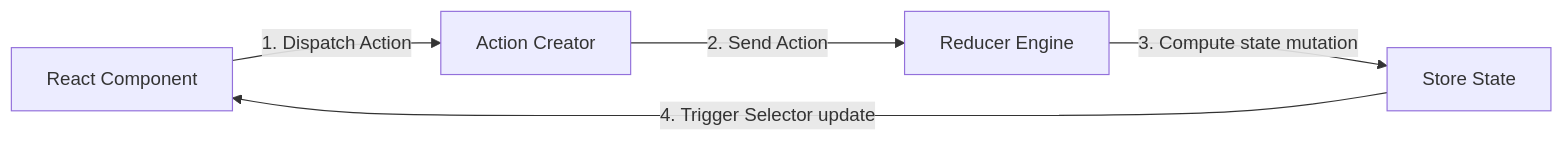
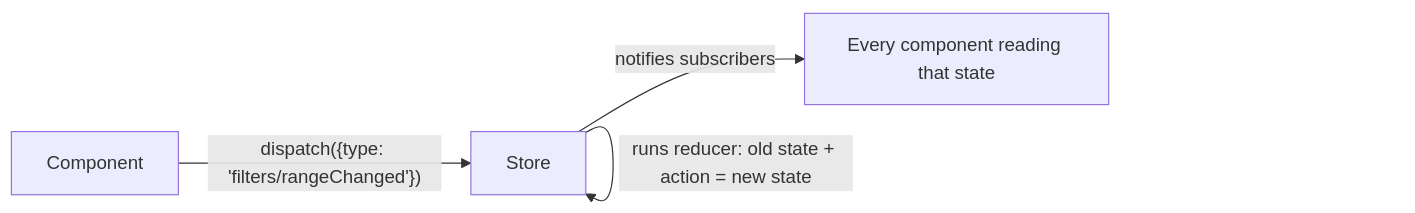
One commit to AD0791/interviewprep changed the diagram in frameworks_specifics/06_redux_toolkit.md. Above: the diagram before and after it, drawn with Mermaid. The commit also changed other lines of this file and 34 other files, not shown here.

````diff
--- a/frameworks_specifics/06_redux_toolkit.md
+++ b/frameworks_specifics/06_redux_toolkit.md
@@ -16,7 +27,6 @@
 ```mermaid
 graph LR
-    Component[React Component] -->|1. Dispatch Action| Action[Action Creator]
-    Action -->|2. Send Action| Reducer[Reducer Engine]
-    Reducer -->|3. Compute state mutation| Store[Store State]
-    Store -->|4. Trigger Selector update| Component
+    C[Component] -->|"dispatch({type: 'filters/rangeChanged'})"| S[Store]
+    S -->|runs reducer: old state + action = new state| S
+    S -->|notifies subscribers| C2[Every component reading that state]
 ```
````
